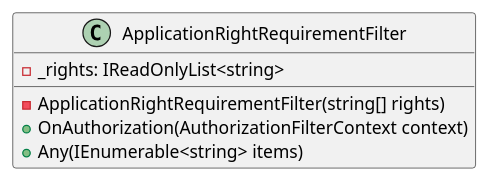
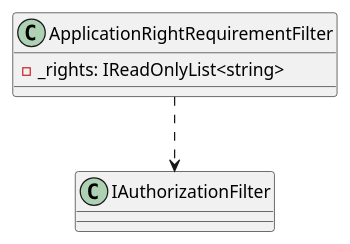
One commit to mwwhited-forks/dotnet-libs changed the second of 3 diagrams in docs/generated/Framework/Eliassen.AspNetCore.Abstractions/Mvc/Filters/Documentation.md. Above: the diagram before and after it, drawn with PlantUML. The commit also changed other lines of this file and 444 other files, not shown here.

````diff
--- a/docs/generated/Framework/Eliassen.AspNetCore.Abstractions/Mvc/Filters/Documentation.md
+++ b/docs/generated/Framework/Eliassen.AspNetCore.Abstractions/Mvc/Filters/Documentation.md
@@ -35,10 +64,8 @@
 ```plantuml
 @startuml
 class ApplicationRightRequirementFilter {
-  -_rights: IReadOnlyList<string>
-  -ApplicationRightRequirementFilter(string[] rights)
-  +OnAuthorization(AuthorizationFilterContext context)
-  +Any(IEnumerable<string> items)
+  - _rights: IReadOnlyList<string>
 }
+ApplicationRightRequirementFilter ..> IAuthorizationFilter
 @enduml
 ```
````
